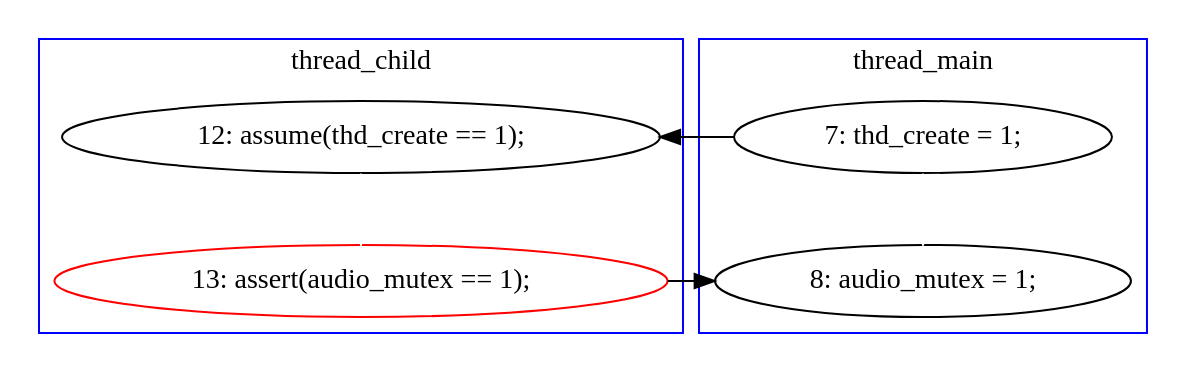
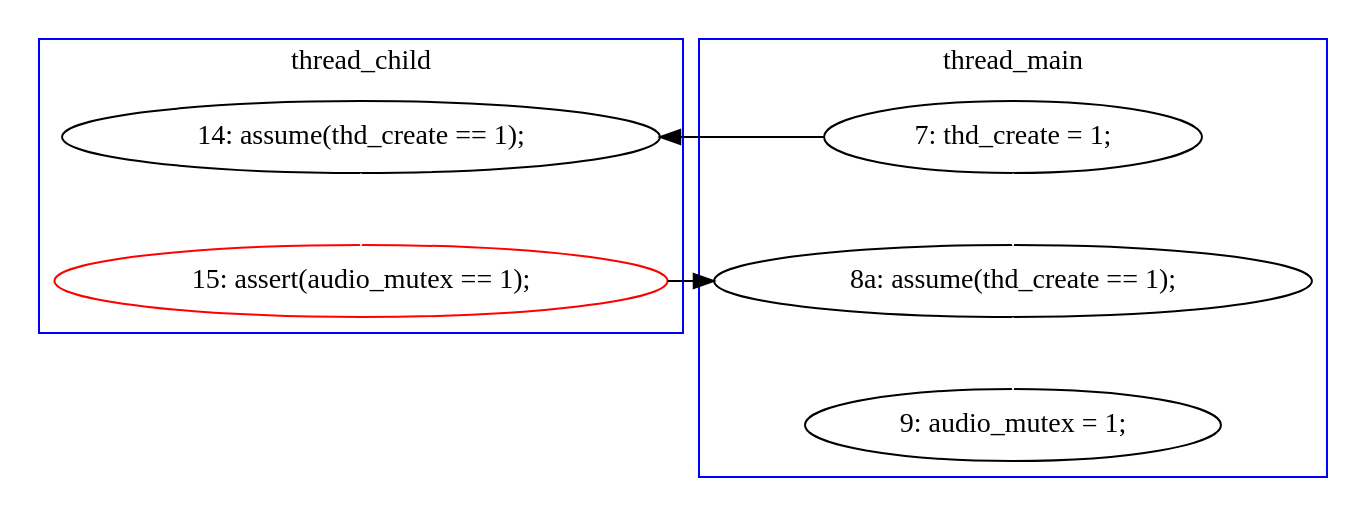
Before and after one commit to hylhp/cav14-model: the diagram in zsnes.mixed/B-1-graph-begin.dot, drawn with Graphviz. The commit also changed 19 other files, not shown here.

```diff
--- a/zsnes.mixed/B-1-graph-begin.dot
+++ b/zsnes.mixed/B-1-graph-begin.dot
@@ -1,18 +1,20 @@
 digraph Counterexample {
-	7 -> 8 [color = white, style = solid]
-	8 -> 9 [color = black, style = solid, constraint = false]
-	5 -> 7 [color = black, style = solid, constraint = false]
-	5 -> 9 [color = white, style = solid]
+	10 -> 11 [color = black, style = solid, constraint = false]
+	9 -> 10 [color = white, style = solid]
+	11 -> 14 [color = white, style = solid]
+	7 -> 11 [color = white, style = solid]
+	7 -> 9 [color = black, style = solid, constraint = false]
+	subgraph cluster2 {
+		label = thread_child
+		color = blue
+		9  [label = "14: assume(thd_create == 1);"]
+		10  [label = "15: assert(audio_mutex == 1);", color = red]
+	}
 	subgraph cluster1 {
 		label = thread_main
 		color = blue
-		9  [label = "8: audio_mutex = 1;"]
-		5  [label = "7: thd_create = 1;"]
-	}
-	subgraph cluster2 {
-		label = thread_child
-		color = blue
-		8  [label = "13: assert(audio_mutex == 1);", color = red]
-		7  [label = "12: assume(thd_create == 1);"]
+		7  [label = "7: thd_create = 1;"]
+		11  [label = "8a: assume(thd_create == 1);"]
+		14  [label = "9: audio_mutex = 1;"]
 	}
 }
```
